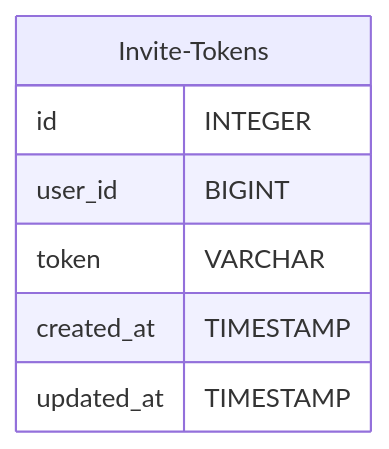
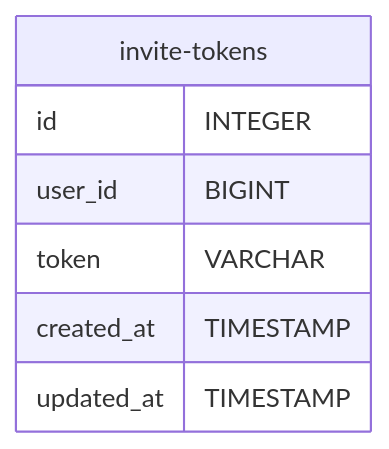
One commit to codeitlikemiley/arta-ecms-docs changed the eighth of 41 diagrams in infrastructure/db-schema.mdx. Above: the diagram before and after it, drawn with Mermaid. The commit also changed other lines of this file and 34 other files, not shown here.

````diff
--- a/infrastructure/db-schema.mdx
+++ b/infrastructure/db-schema.mdx
@@ -169,11 +288,11 @@
-```mermaid
+```mermaid invite-tokens.mmd
 erDiagram
-    Invite-Tokens {
+    invite-tokens {
         id INTEGER
         user_id BIGINT
         token VARCHAR
         created_at TIMESTAMP
         updated_at TIMESTAMP
     }
 
 ```
````
